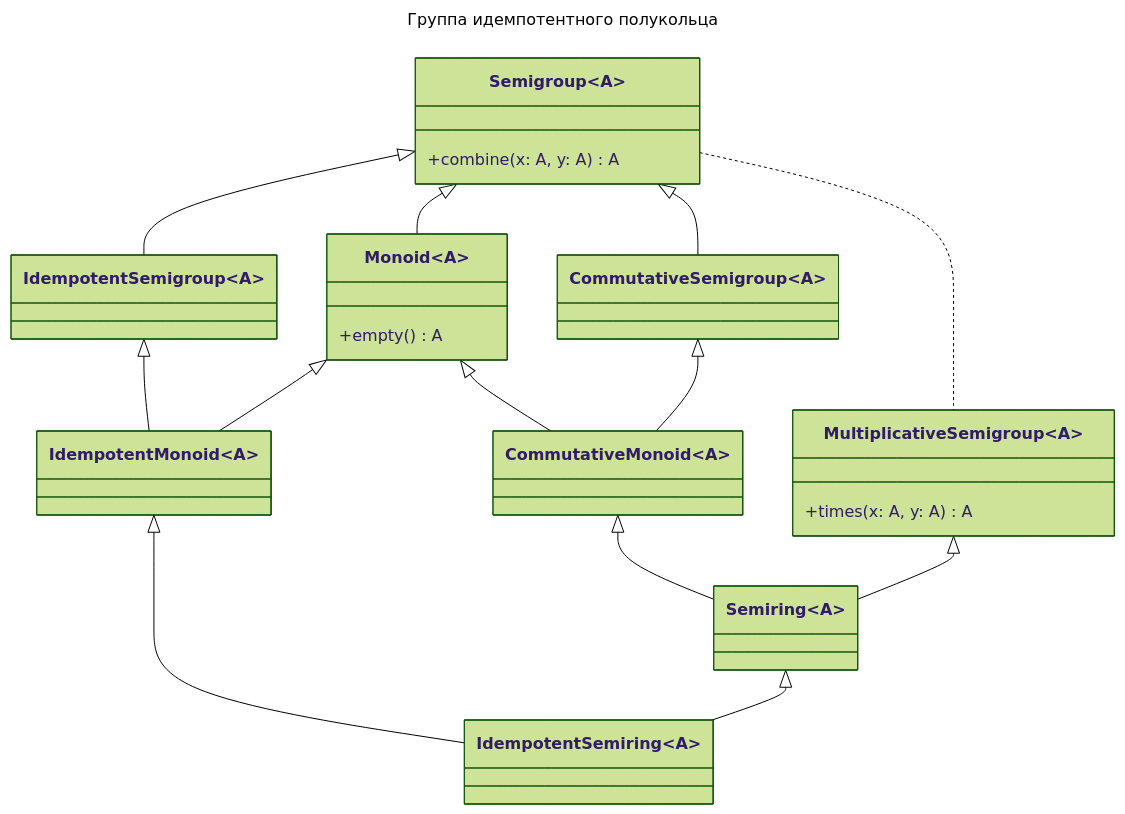
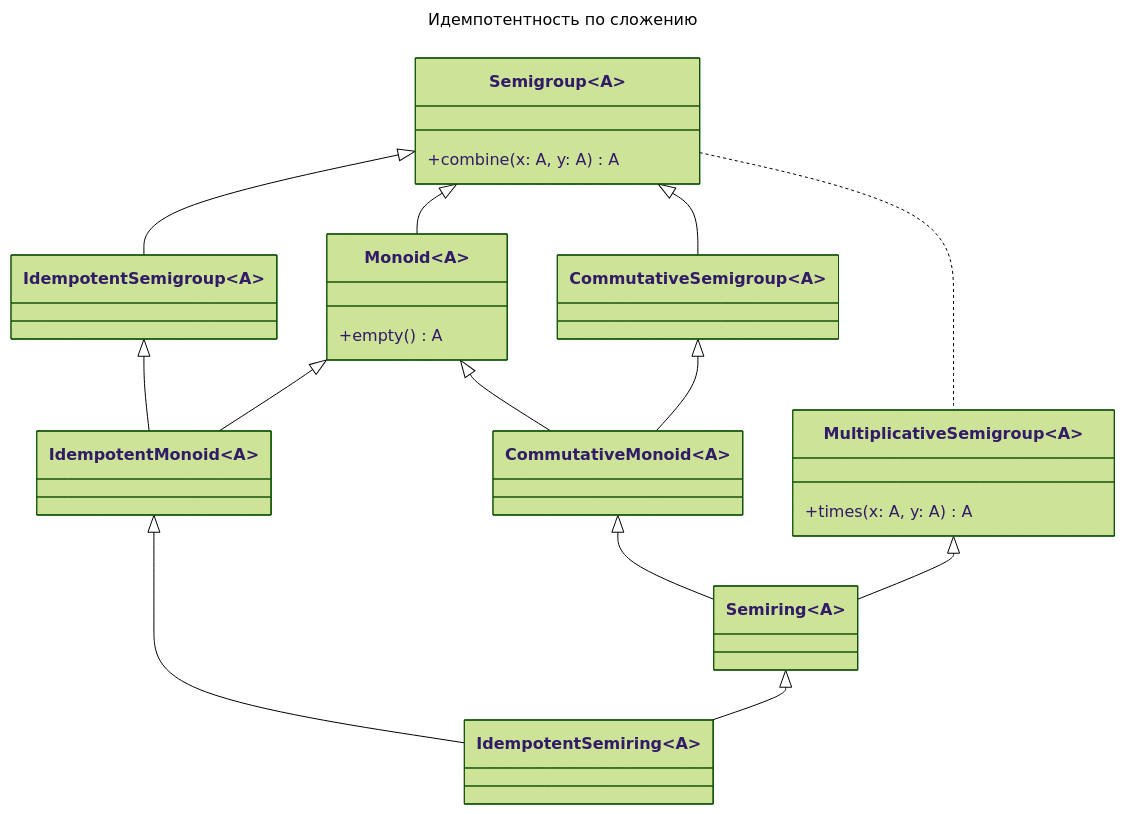
One commit to artemkorsakov/scalabook changed the third of 5 diagrams in docs/typeclass/monoid.md. Above: the diagram before and after it, drawn with Mermaid (forest theme). The commit also changed other lines of this file and 5 other files, not shown here.

````diff
--- a/docs/typeclass/monoid.md
+++ b/docs/typeclass/monoid.md
@@ -271,33 +271,33 @@
 ```mermaid
 ---
-title: Группа идемпотентного полукольца
+title: Идемпотентность по сложению
 ---
 classDiagram
     class Semigroup~A~{
         +combine(x: A, y: A) A
     }
     class IdempotentSemigroup~A~
     Semigroup <|-- IdempotentSemigroup    
     class Monoid~A~{
         +empty() A
     }
     Semigroup <|-- Monoid
     class CommutativeSemigroup~A~
     Semigroup <|-- CommutativeSemigroup  
     class IdempotentMonoid~A~
     IdempotentSemigroup <|-- IdempotentMonoid
     Monoid <|-- IdempotentMonoid
     class CommutativeMonoid~A~
     Monoid <|-- CommutativeMonoid
     CommutativeSemigroup <|-- CommutativeMonoid
     class Semiring~A~
     CommutativeMonoid <|-- Semiring
     class MultiplicativeSemigroup~A~{
         +times(x: A, y: A) A
     }
     MultiplicativeSemigroup <|-- Semiring
     Semigroup .. MultiplicativeSemigroup
     class IdempotentSemiring~A~
     IdempotentMonoid <|-- IdempotentSemiring
     Semiring <|-- IdempotentSemiring
 ```
````
